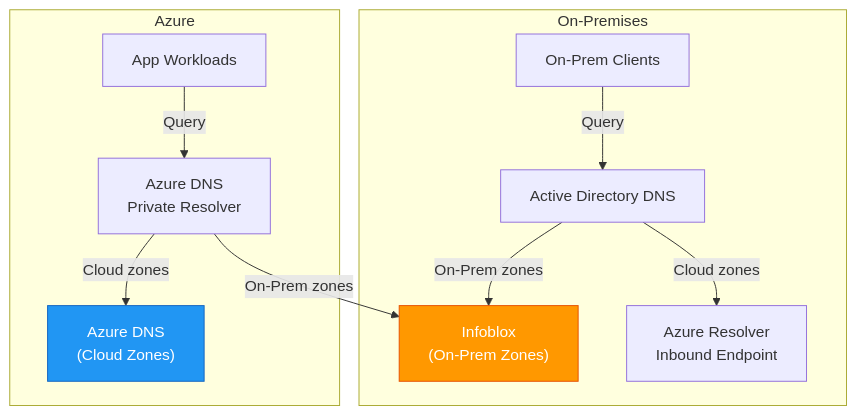
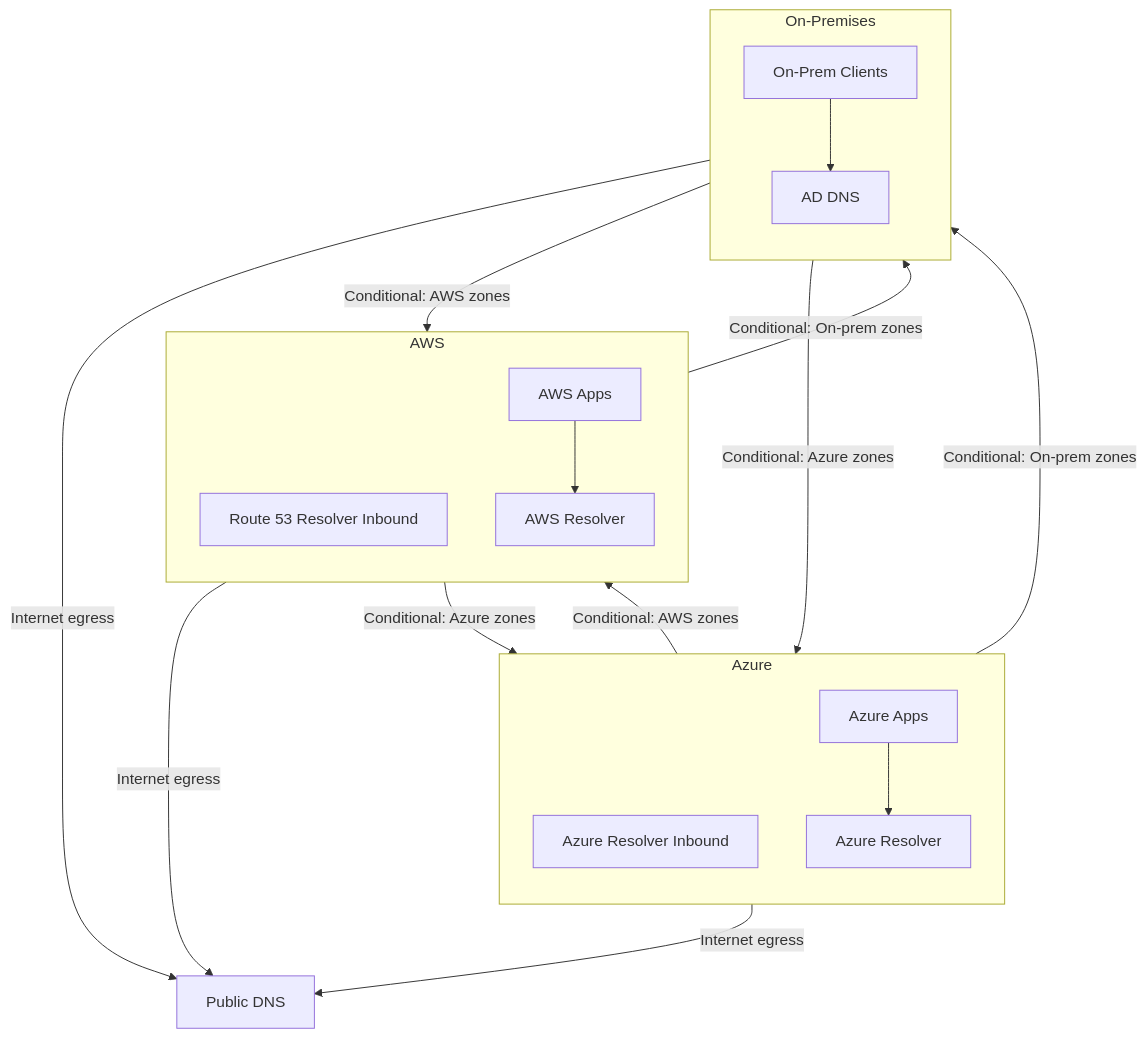
One commit to simonpainter/www.simonpainter.com changed the second of 3 diagrams in blog/hybrid-cloud-dns-infoblox.md. Above: the diagram before and after it, drawn with Mermaid. The commit also changed other lines of this file, not shown here.

Commit message:
fixed the mermaid

````diff
--- a/blog/hybrid-cloud-dns-infoblox.md
+++ b/blog/hybrid-cloud-dns-infoblox.md
@@ -192,23 +185,40 @@
 ```mermaid
-graph TB
-    subgraph "On-Premises"
-        ADBX["Active Directory DNS"]
-        INFOB["Infoblox<br/>(On-Prem Zones)"]
-        clientsB["On-Prem Clients"]
-        clientsB -->|Query| ADBX
-        ADBX -->|On-Prem zones| INFOB
-        ADBX -->|Cloud zones| resolverInbound["Azure Resolver<br/>Inbound Endpoint"]
+flowchart TB
+    subgraph Azure["Azure"]
+        direction TB
+        AZIn["Azure Resolver Inbound"]
+        AZWorkload["Azure Apps"]
+        AZRes["Azure Resolver"]
     end
-    
-    subgraph "Azure"
-        AppB["App Workloads"]
-        AzureDNSB["Azure DNS<br/>(Cloud Zones)"]
-        resolverB["Azure DNS<br/>Private Resolver"]
-        AppB -->|Query| resolverB
-        resolverB -->|Cloud zones| AzureDNSB
-        resolverB -->|On-Prem zones| INFOB
+
+    subgraph AWS["AWS"]
+        direction TB
+        AWSIn["Route 53 Resolver Inbound"]
+        AWSWorkload["AWS Apps"]
+        AWSRes["AWS Resolver"]
     end
-    
-    style AzureDNSB fill:#2196F3,stroke:#1565C0,color:#fff
-    style INFOB fill:#FF9800,stroke:#E65100,color:#fff
+
+    subgraph OnPrem["On-Premises"]
+        direction TB
+        OPClient["On-Prem Clients"]
+        AD["AD DNS"]
+    end
+
+  
+    Public["Public DNS"]
+
+
+    OPClient --> AD
+    AZWorkload --> AZRes
+    AWSWorkload --> AWSRes
+    AZRes -->|Conditional: On-prem zones| AD
+    AZRes -->|Conditional: AWS zones| AWSIn
+    AWSRes -->|Conditional: On-prem zones| AD
+    AWSRes -->|Conditional: Azure zones| AZIn
+    AD -->|Conditional: Azure zones| AZIn
+    AD -->|Conditional: AWS zones| AWSIn
+
+    AD -->|Internet egress| Public
+    AZRes -->|Internet egress| Public
+    AWSRes -->|Internet egress| Public
 ```
````
